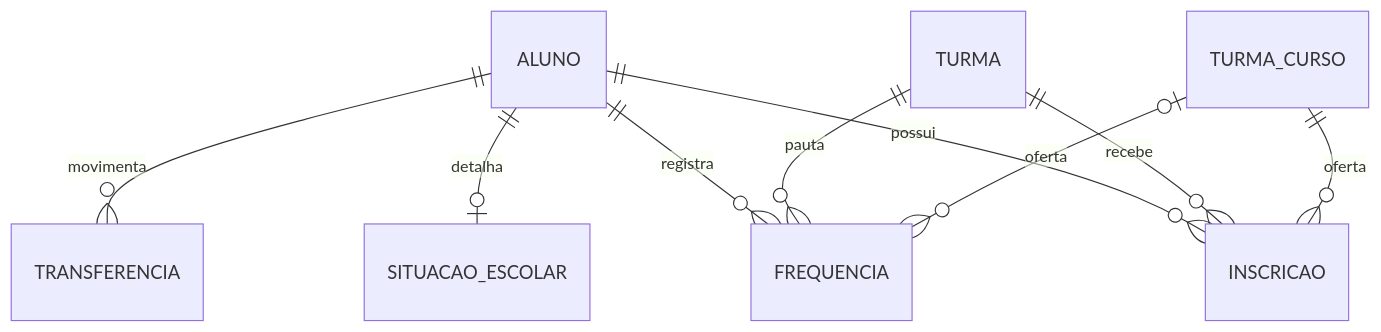
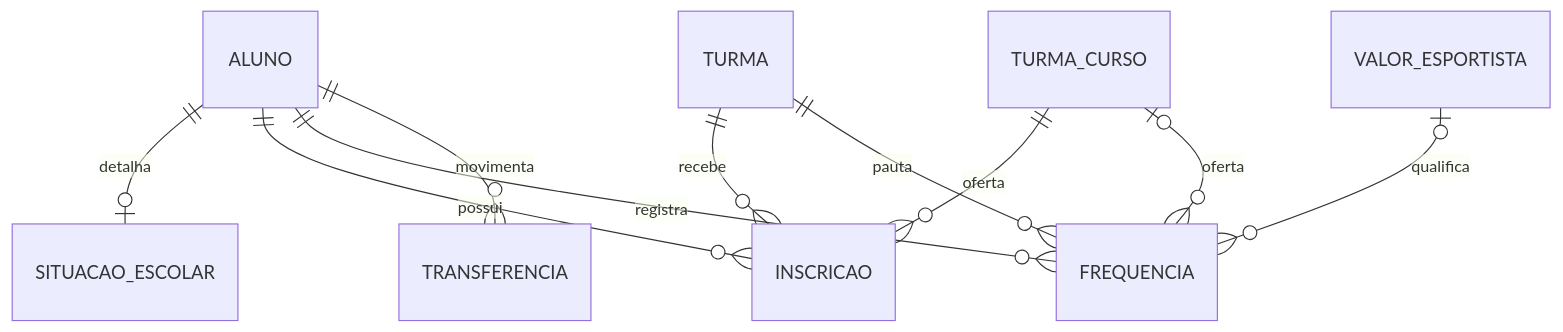
Before and after one commit to fmtic/pautaon: the third of 7 diagrams in app/models/MER.md, drawn with Mermaid. The commit also changed other lines of this file and 5 other files, not shown here.

````diff
--- a/app/models/MER.md
+++ b/app/models/MER.md
@@ -246,11 +246,12 @@
 ```mermaid
 erDiagram
     ALUNO ||--o| SITUACAO_ESCOLAR : detalha
     ALUNO ||--o{ INSCRICAO : possui
     TURMA ||--o{ INSCRICAO : recebe
     TURMA_CURSO ||--o{ INSCRICAO : oferta
     ALUNO ||--o{ FREQUENCIA : registra
     TURMA ||--o{ FREQUENCIA : pauta
     TURMA_CURSO |o--o{ FREQUENCIA : oferta
+    VALOR_ESPORTISTA |o--o{ FREQUENCIA : qualifica
     ALUNO ||--o{ TRANSFERENCIA : movimenta
 ```
````
